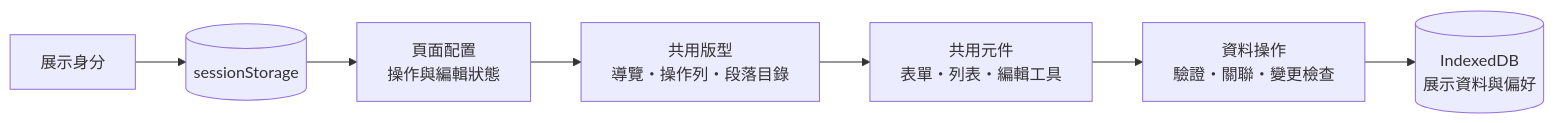
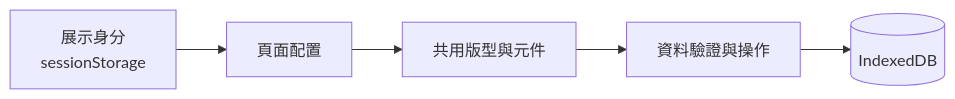
Before and after one commit to cutecat8110/islet-admin-demo: the diagram in README.md, drawn with Mermaid. The commit also changed other lines of this file, not shown here.

````diff
--- a/README.md
+++ b/README.md
@@ -44,9 +50,7 @@
 ```mermaid
 flowchart LR
-    A[頁面配置<br/>操作與編輯狀態] --> B[共用版型<br/>導覽・操作列・段落目錄]
-    B --> C[共用元件<br/>表單・列表・編輯工具]
-    C --> D[資料操作<br/>驗證・關聯・變更檢查]
-    D --> E[(IndexedDB<br/>展示資料與偏好)]
-    F[展示身分] --> G[(sessionStorage)]
-    G --> A
+    A[頁面配置] --> B[共用版型與元件]
+    B --> C[資料驗證與操作]
+    C --> D[(IndexedDB)]
+    E[展示身分<br/>sessionStorage] --> A
 ```
````
